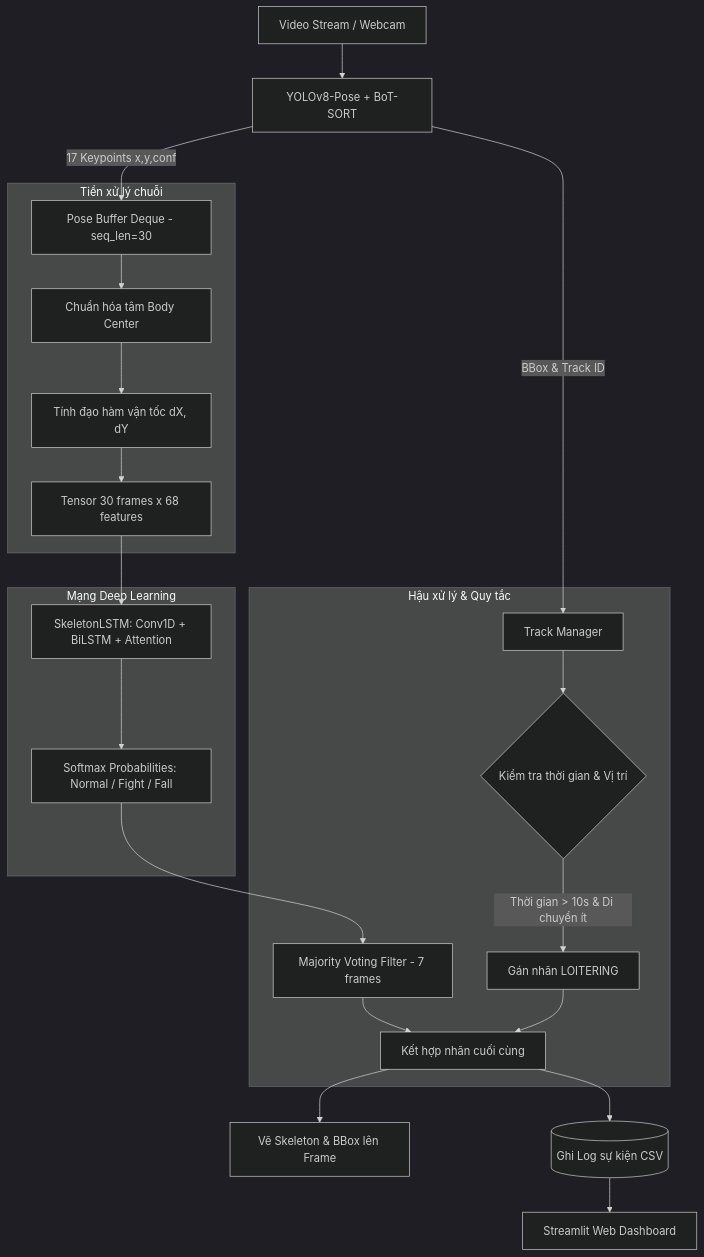
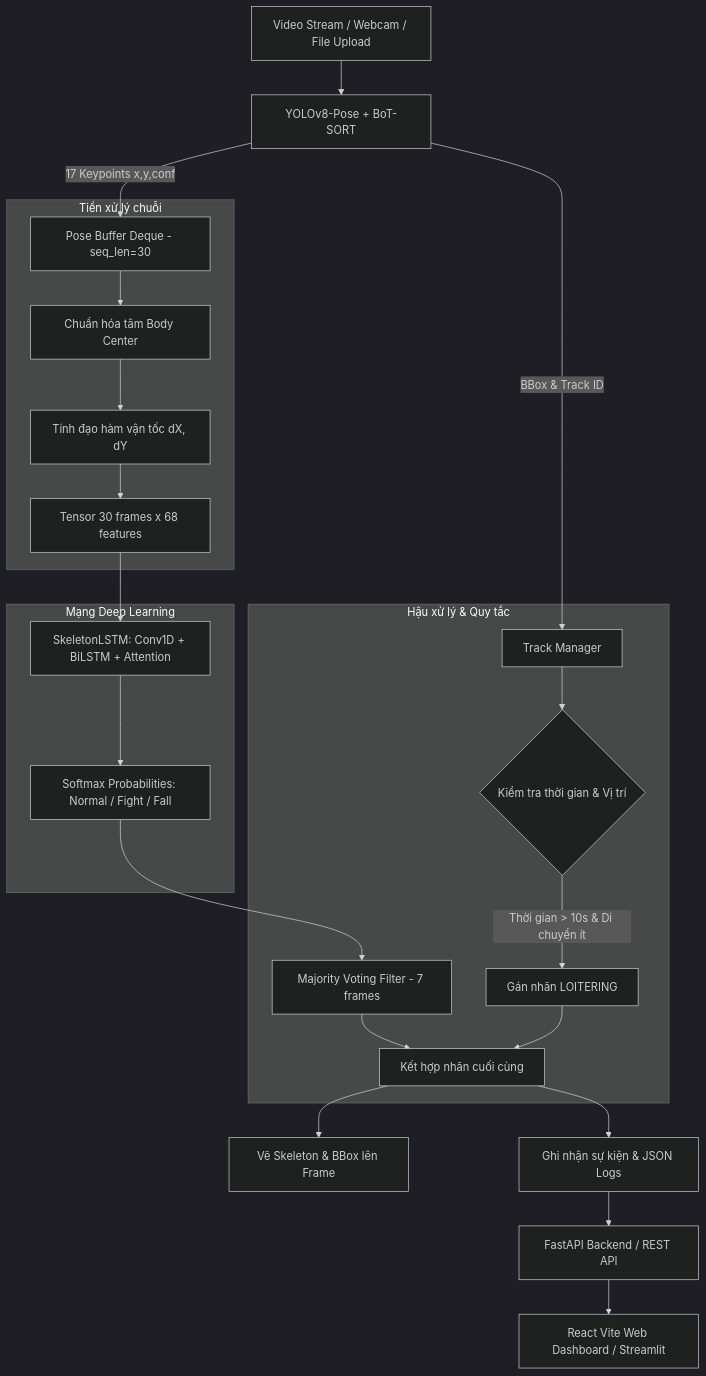
Before and after one commit to NBasLongz/realtime-abnormal-behavior-detection: the diagram in README.md, drawn with Mermaid (dark theme). The commit also changed other lines of this file, not shown here.

````diff
--- a/README.md
+++ b/README.md
@@ -60,29 +65,30 @@
 ```mermaid
 flowchart TD
-    A[Video Stream / Webcam] --> B[YOLOv8-Pose + BoT-SORT]
+    A[Video Stream / Webcam / File Upload] --> B[YOLOv8-Pose + BoT-SORT]
     B -->|BBox & Track ID| C[Track Manager]
     B -->|17 Keypoints x,y,conf| D[Pose Buffer Deque - seq_len=30]
     
     subgraph Preprocessing [Tiền xử lý chuỗi]
         D --> E[Chuẩn hóa tâm Body Center]
         E --> F[Tính đạo hàm vận tốc dX, dY]
         F --> G[Tensor 30 frames x 68 features]
     end
     
     subgraph AI_Inference [Mạng Deep Learning]
         G --> H[SkeletonLSTM: Conv1D + BiLSTM + Attention]
         H --> I[Softmax Probabilities: Normal / Fight / Fall]
     end
 
     subgraph Postprocessing [Hậu xử lý & Quy tắc]
         I --> J[Majority Voting Filter - 7 frames]
         C --> K{Kiểm tra thời gian & Vị trí}
         K -->|Thời gian > 10s & Di chuyển ít| L[Gán nhãn LOITERING]
         J --> M[Kết hợp nhãn cuối cùng]
         L --> M
     end
 
     M --> N[Vẽ Skeleton & BBox lên Frame]
-    M --> O[(Ghi Log sự kiện CSV)]
-    O --> P[Streamlit Web Dashboard]
+    M --> O[Ghi nhận sự kiện & JSON Logs]
+    O --> P[FastAPI Backend / REST API]
+    P --> Q[React Vite Web Dashboard / Streamlit]
 ```
````
